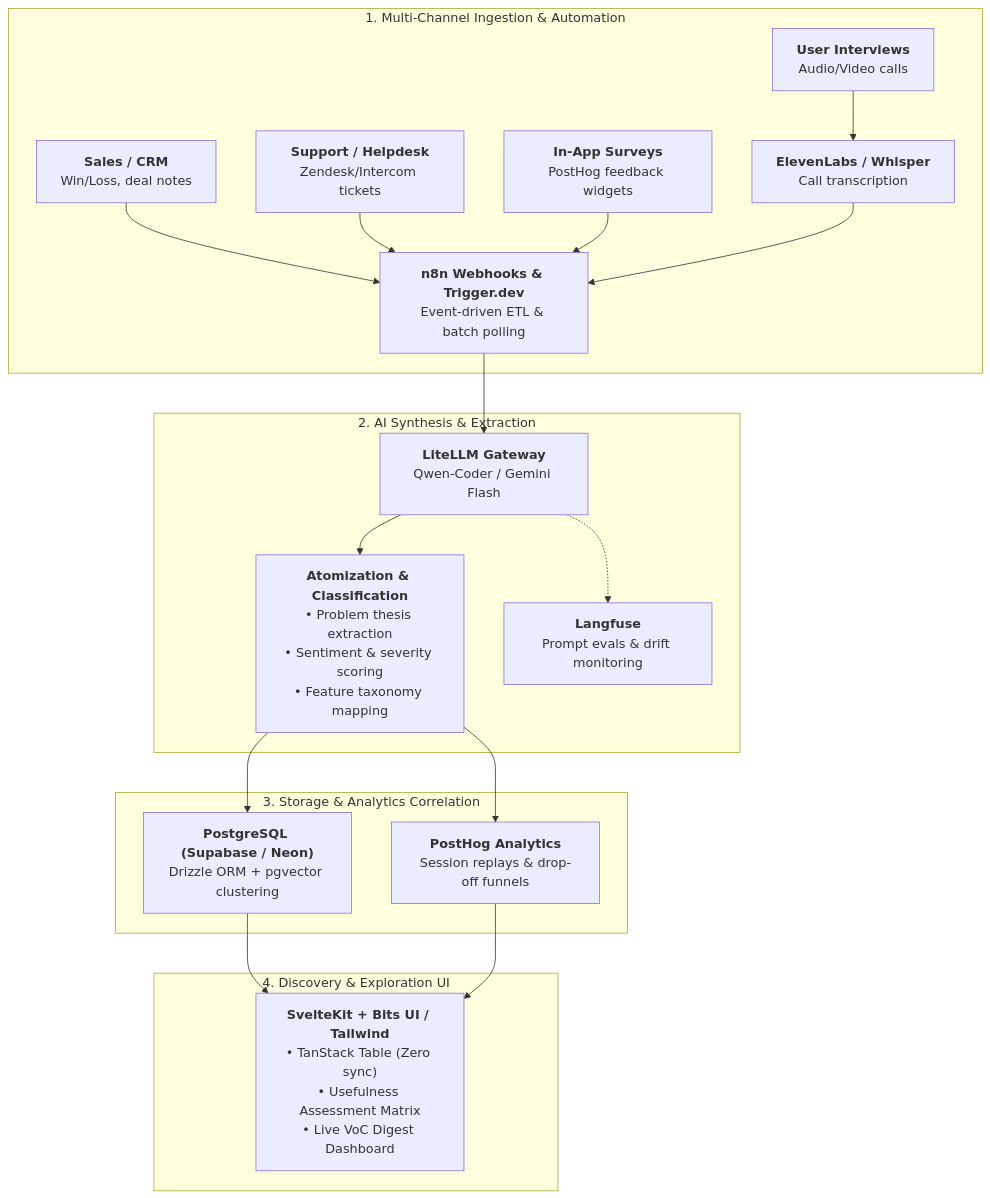
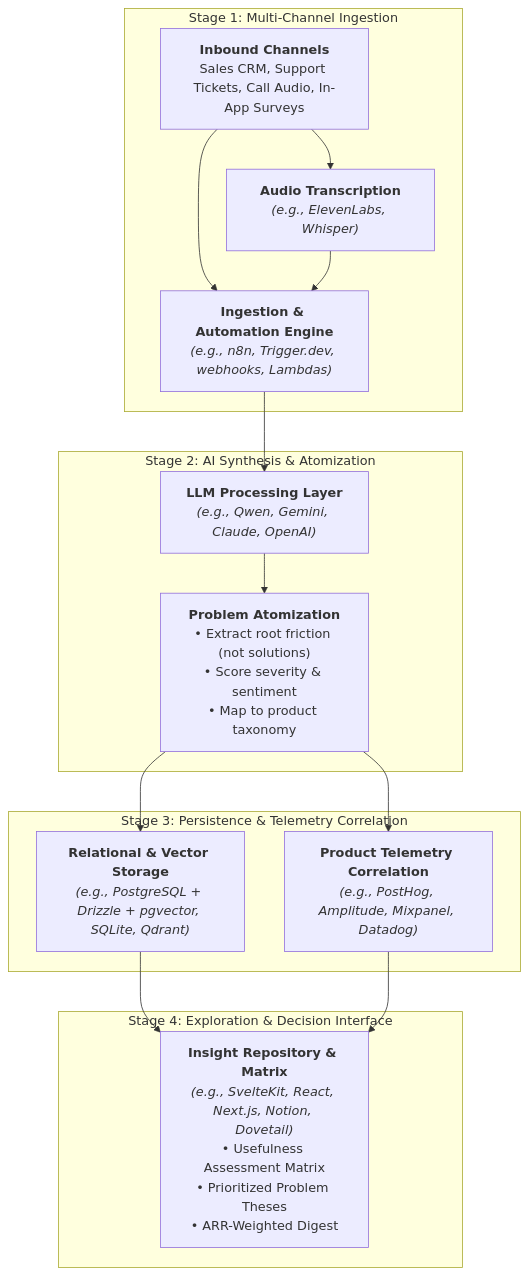
Before and after one commit to coreyone/software-maestro: the diagram in product/voc-insights-pipeline/references/source.md, drawn with Mermaid. The commit also changed other lines of this file and 2 other files, not shown here.

First line of the commit message:
refactor(voc-insights-pipeline): generalize architecture as abstract process with illustrative tech examples

````diff
--- a/product/voc-insights-pipeline/references/source.md
+++ b/product/voc-insights-pipeline/references/source.md
@@ -7,38 +7,28 @@
 ```mermaid
 flowchart TD
-    subgraph Ingestion ["1. Multi-Channel Ingestion & Automation"]
-        S1["<b>Sales / CRM</b><br/>Win/Loss, deal notes"]
-        S2["<b>Support / Helpdesk</b><br/>Zendesk/Intercom tickets"]
-        S3["<b>User Interviews</b><br/>Audio/Video calls"]
-        S4["<b>In-App Surveys</b><br/>PostHog feedback widgets"]
-        
-        W["<b>n8n Webhooks & Trigger.dev</b><br/>Event-driven ETL & batch polling"]
-        T["<b>ElevenLabs / Whisper</b><br/>Call transcription"]
-        
-        S1 & S2 & S4 --> W
-        S3 --> T --> W
+    subgraph S1 ["Stage 1: Multi-Channel Ingestion"]
+        In1["<b>Inbound Channels</b><br/>Sales CRM, Support Tickets, Call Audio, In-App Surveys"]
+        In2["<b>Ingestion & Automation Engine</b><br/><i>(e.g., n8n, Trigger.dev, webhooks, Lambdas)</i>"]
+        In3["<b>Audio Transcription</b><br/><i>(e.g., ElevenLabs, Whisper)</i>"]
+        In1 --> In2
+        In1 --> In3 --> In2
     end
 
-    subgraph Processing ["2. AI Synthesis & Extraction"]
-        LLM["<b>LiteLLM Gateway</b><br/>Qwen-Coder / Gemini Flash"]
-        Ext["<b>Atomization & Classification</b><br/>• Problem thesis extraction<br/>• Sentiment & severity scoring<br/>• Feature taxonomy mapping"]
-        Lang["<b>Langfuse</b><br/>Prompt evals & drift monitoring"]
-        
-        W --> LLM --> Ext
-        LLM -.-> Lang
+    subgraph S2 ["Stage 2: AI Synthesis & Atomization"]
+        Ext1["<b>LLM Processing Layer</b><br/><i>(e.g., Qwen, Gemini, Claude, OpenAI)</i>"]
+        Ext2["<b>Problem Atomization</b><br/>• Extract root friction (not solutions)<br/>• Score severity & sentiment<br/>• Map to product taxonomy"]
+        In2 --> Ext1 --> Ext2
     end
 
-    subgraph Storage ["3. Storage & Analytics Correlation"]
-        DB["<b>PostgreSQL (Supabase / Neon)</b><br/>Drizzle ORM + pgvector clustering"]
-        PH["<b>PostHog Analytics</b><br/>Session replays & drop-off funnels"]
-        
-        Ext --> DB
-        Ext --> PH
+    subgraph S3 ["Stage 3: Persistence & Telemetry Correlation"]
+        Store["<b>Relational & Vector Storage</b><br/><i>(e.g., PostgreSQL + Drizzle + pgvector, SQLite, Qdrant)</i>"]
+        Telem["<b>Product Telemetry Correlation</b><br/><i>(e.g., PostHog, Amplitude, Mixpanel, Datadog)</i>"]
+        Ext2 --> Store
+        Ext2 --> Telem
     end
 
-    subgraph Interface ["4. Discovery & Exploration UI"]
-        UI["<b>SvelteKit + Bits UI / Tailwind</b><br/>• TanStack Table (Zero sync)<br/>• Usefulness Assessment Matrix<br/>• Live VoC Digest Dashboard"]
-        
-        DB & PH --> UI
+    subgraph S4 ["Stage 4: Exploration & Decision Interface"]
+        UI["<b>Insight Repository & Matrix</b><br/><i>(e.g., SvelteKit, React, Next.js, Notion, Dovetail)</i><br/>• Usefulness Assessment Matrix<br/>• Prioritized Problem Theses<br/>• ARR-Weighted Digest"]
+        Store & Telem --> UI
     end
 ```
````
